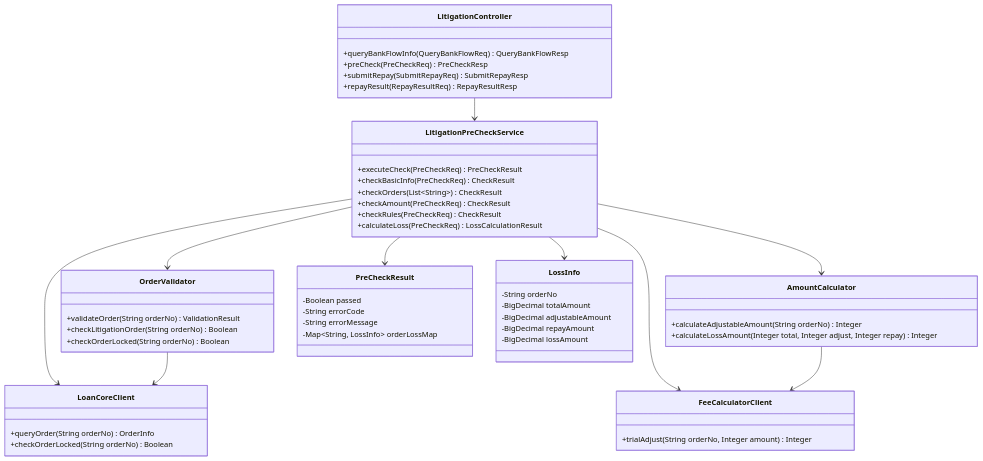
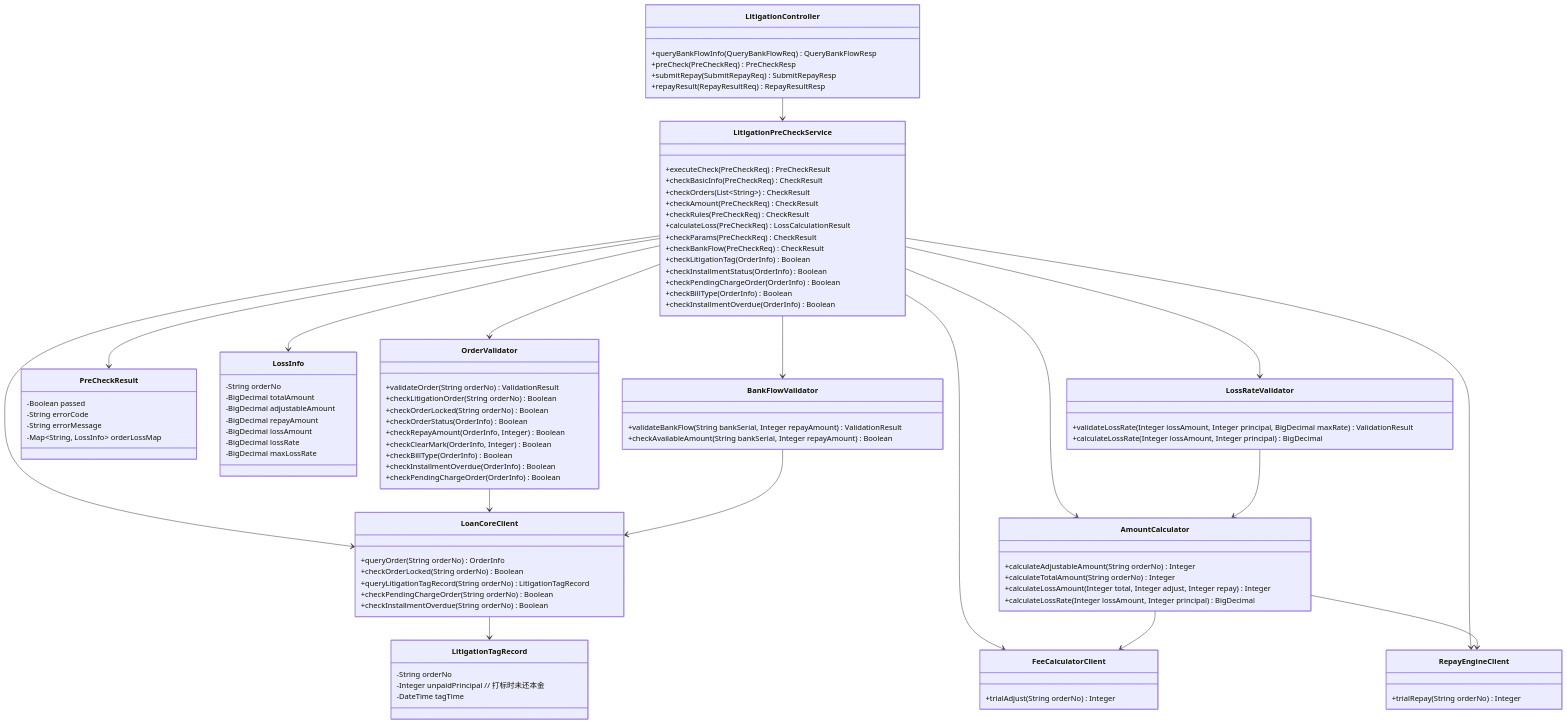
One commit to topson-cn/obsidian_note changed the fourth of 13 diagrams in shuhe/workspace/accountingoperation/iteration/202502-法诉自动入账/详细设计-AO系统.md. Above: the diagram before and after it, drawn with Mermaid. The commit also changed other lines of this file and 246 other files, not shown here.

````diff
--- a/shuhe/workspace/accountingoperation/iteration/202502-法诉自动入账/详细设计-AO系统.md
+++ b/shuhe/workspace/accountingoperation/iteration/202502-法诉自动入账/详细设计-AO系统.md
@@ -336,26 +561,48 @@
         +checkAmount(PreCheckReq) CheckResult
         +checkRules(PreCheckReq) CheckResult
         +calculateLoss(PreCheckReq) LossCalculationResult
+        +checkParams(PreCheckReq) CheckResult
+        +checkBankFlow(PreCheckReq) CheckResult
+        +checkLitigationTag(OrderInfo) Boolean
+        +checkInstallmentStatus(OrderInfo) Boolean
+        +checkPendingChargeOrder(OrderInfo) Boolean
+        +checkBillType(OrderInfo) Boolean
+        +checkInstallmentOverdue(OrderInfo) Boolean
     }
 
     class OrderValidator {
         +validateOrder(String orderNo) ValidationResult
         +checkLitigationOrder(String orderNo) Boolean
         +checkOrderLocked(String orderNo) Boolean
+        +checkOrderStatus(OrderInfo) Boolean
+        +checkRepayAmount(OrderInfo, Integer) Boolean
+        +checkClearMark(OrderInfo, Integer) Boolean
+        +checkBillType(OrderInfo) Boolean
+        +checkInstallmentOverdue(OrderInfo) Boolean
+        +checkPendingChargeOrder(OrderInfo) Boolean
     }
 
     class AmountCalculator {
         +calculateAdjustableAmount(String orderNo) Integer
+        +calculateTotalAmount(String orderNo) Integer
         +calculateLossAmount(Integer total, Integer adjust, Integer repay) Integer
+        +calculateLossRate(Integer lossAmount, Integer principal) BigDecimal
     }
 
     class FeeCalculatorClient {
-        +trialAdjust(String orderNo, Integer amount) Integer
+        +trialAdjust(String orderNo) Integer
+    }
+
+    class RepayEngineClient {
+        +trialRepay(String orderNo) Integer
     }
 
     class LoanCoreClient {
         +queryOrder(String orderNo) OrderInfo
         +checkOrderLocked(String orderNo) Boolean
+        +queryLitigationTagRecord(String orderNo) LitigationTagRecord
+        +checkPendingChargeOrder(String orderNo) Boolean
+        +checkInstallmentOverdue(String orderNo) Boolean
     }
 
     class PreCheckResult {
@@ -371,15 +618,40 @@
         -BigDecimal adjustableAmount
         -BigDecimal repayAmount
         -BigDecimal lossAmount
+        -BigDecimal lossRate
+        -BigDecimal maxLossRate
+    }
+
+    class LossRateValidator {
+        +validateLossRate(Integer lossAmount, Integer principal, BigDecimal maxRate) ValidationResult
+        +calculateLossRate(Integer lossAmount, Integer principal) BigDecimal
+    }
+
+    class BankFlowValidator {
+        +validateBankFlow(String bankSerial, Integer repayAmount) ValidationResult
+        +checkAvailableAmount(String bankSerial, Integer repayAmount) Boolean
+    }
+
+    class LitigationTagRecord {
+        -String orderNo
+        -Integer unpaidPrincipal  // 打标时未还本金
+        -DateTime tagTime
     }
 
     LitigationController --> LitigationPreCheckService
     LitigationPreCheckService --> OrderValidator
     LitigationPreCheckService --> AmountCalculator
     LitigationPreCheckService --> FeeCalculatorClient
+    LitigationPreCheckService --> RepayEngineClient
     LitigationPreCheckService --> LoanCoreClient
     LitigationPreCheckService --> PreCheckResult
     LitigationPreCheckService --> LossInfo
+    LitigationPreCheckService --> LossRateValidator
+    LitigationPreCheckService --> BankFlowValidator
     AmountCalculator --> FeeCalculatorClient
+    AmountCalculator --> RepayEngineClient
     OrderValidator --> LoanCoreClient
+    LossRateValidator --> AmountCalculator
+    BankFlowValidator --> LoanCoreClient
+    LoanCoreClient --> LitigationTagRecord
 ```
````
